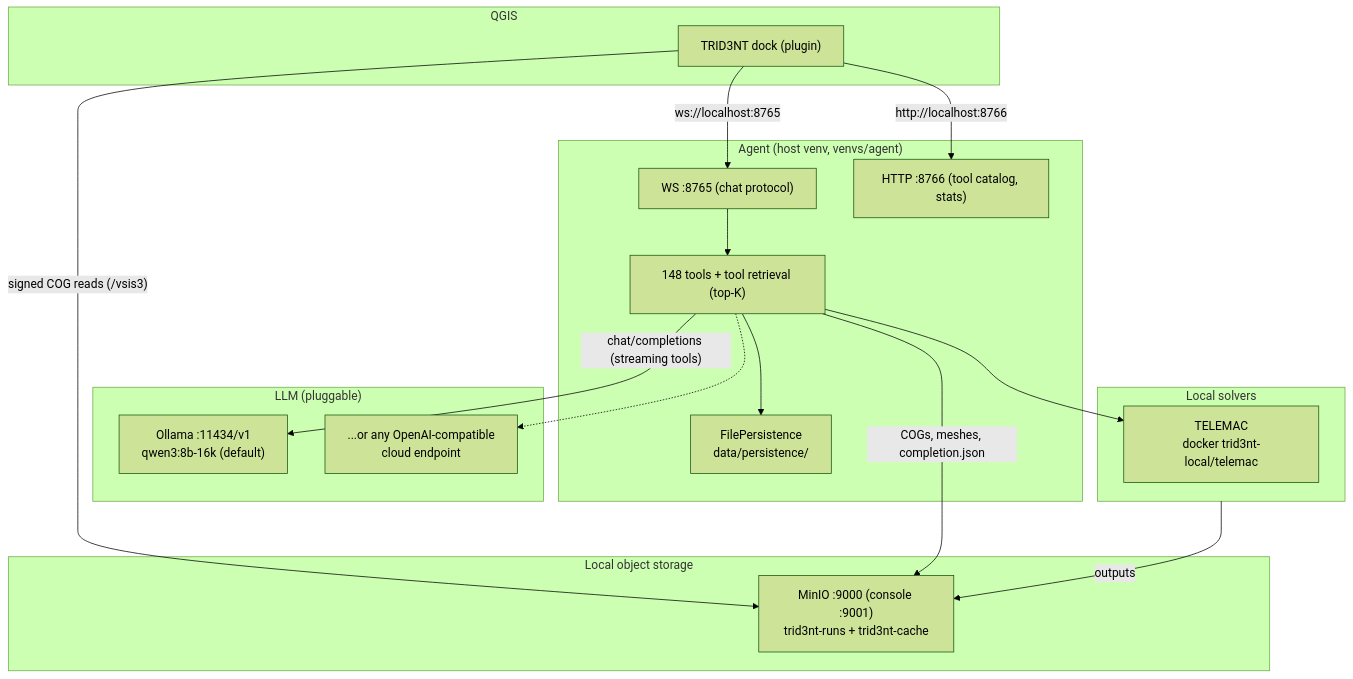
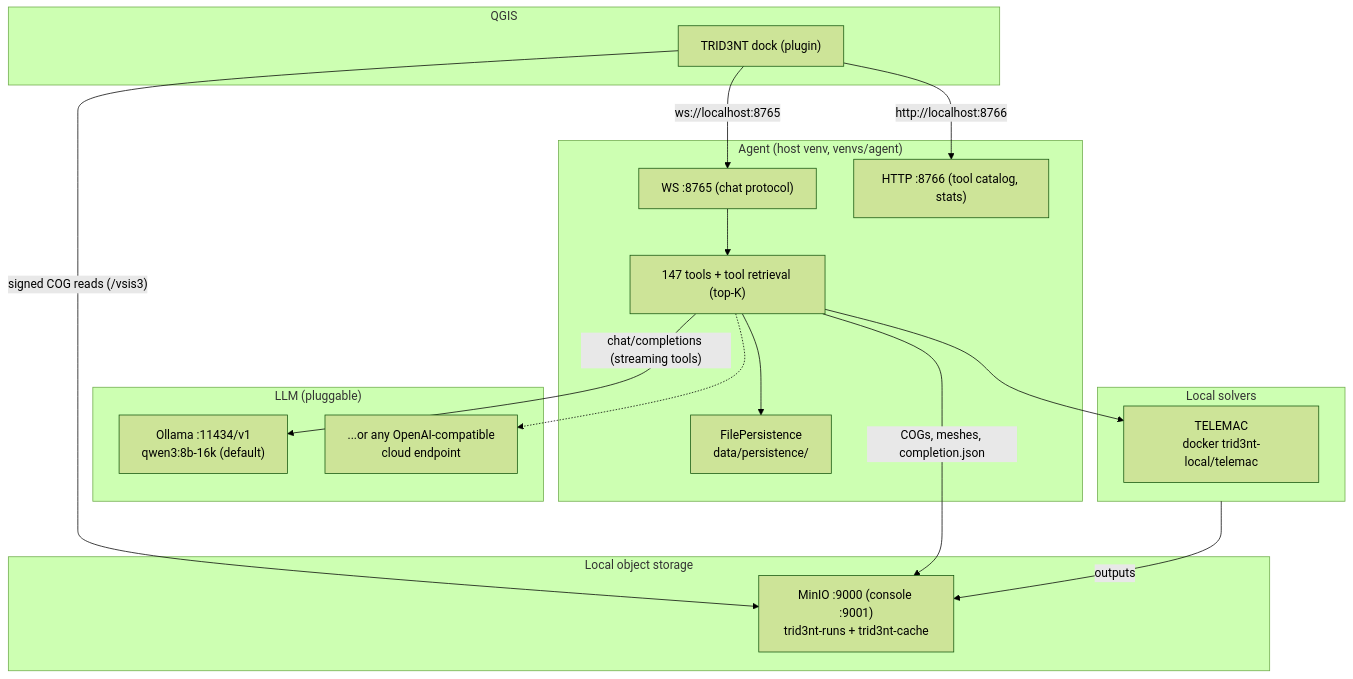
One commit to double-r-squared/trid3nt-qgis-plugin changed the diagram in docs/site/overview.md. Above: the diagram before and after it, drawn with Mermaid (forest theme). The commit also changed 6 other files, not shown here.

````diff
--- a/docs/site/overview.md
+++ b/docs/site/overview.md
@@ -39,37 +39,37 @@
 ```mermaid
 graph TD
     subgraph Client["QGIS"]
         Dock["TRID3NT dock (plugin)"]
     end
 
     subgraph Agent["Agent (host venv, venvs/agent)"]
         WS["WS :8765 (chat protocol)"]
         HTTP["HTTP :8766 (tool catalog, stats)"]
-        Tools["148 tools + tool retrieval (top-K)"]
+        Tools["147 tools + tool retrieval (top-K)"]
         FP["FilePersistence\ndata/persistence/"]
     end
 
     subgraph LLM["LLM (pluggable)"]
         Ollama["Ollama :11434/v1\nqwen3:8b-16k (default)"]
         CloudAPI["...or any OpenAI-compatible\ncloud endpoint"]
     end
 
     subgraph Storage["Local object storage"]
         MinIO["MinIO :9000 (console :9001)\ntrid3nt-runs + trid3nt-cache"]
     end
 
     subgraph Solvers["Local solvers"]
         TELEMAC["TELEMAC\ndocker trid3nt-local/telemac"]
     end
 
     Dock -- "ws://localhost:8765" --> WS
     Dock -- "http://localhost:8766" --> HTTP
     Dock -- "signed COG reads (/vsis3)" --> MinIO
     WS --> Tools
     Tools -- "chat/completions (streaming tools)" --> Ollama
     Tools -.-> CloudAPI
     Tools --> FP
     Tools -- "COGs, meshes, completion.json" --> MinIO
     Tools --> TELEMAC
     Solvers -- "outputs" --> MinIO
 ```
````
